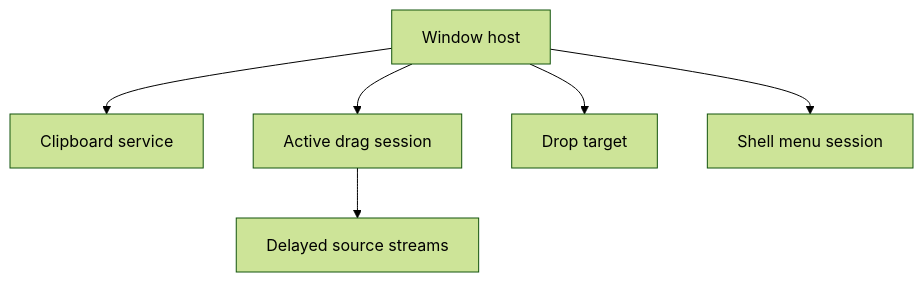
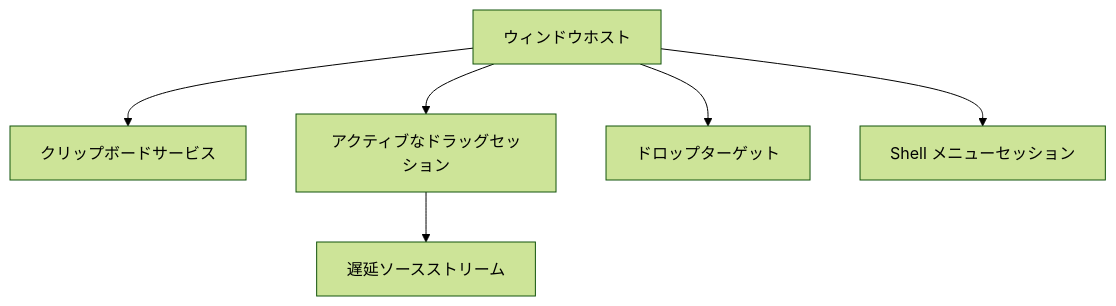
Before and after one commit to 0x5bfa/Files: the fifth of 5 diagrams in docs/architecture/platform-interactions.md, drawn with Mermaid (forest theme). The commit also changed other lines of this file and 18 other files, not shown here.

Commit message:
Translate architecture docs to Japanese

````diff
--- a/docs/architecture/platform-interactions.md
+++ b/docs/architecture/platform-interactions.md
@@ -491,15 +426,15 @@
 ```mermaid
 flowchart TB
-    Window["Window host"]
-    Clipboard["Clipboard service"]
-    Drag["Active drag session"]
-    Drop["Drop target"]
-    Menu["Shell menu session"]
-    Streams["Delayed source streams"]
+    Window["ウィンドウホスト"]
+    Clipboard["クリップボードサービス"]
+    Drag["アクティブなドラッグセッション"]
+    Drop["ドロップターゲット"]
+    Menu["Shell メニューセッション"]
+    Streams["遅延ソースストリーム"]
 
     Window --> Clipboard
     Window --> Drag
     Window --> Drop
     Window --> Menu
     Drag --> Streams
 ```
````
